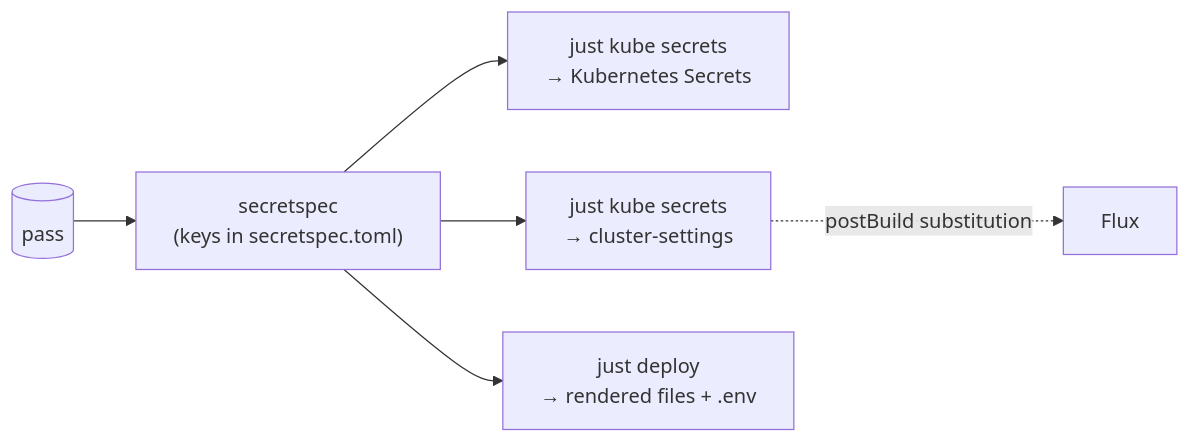
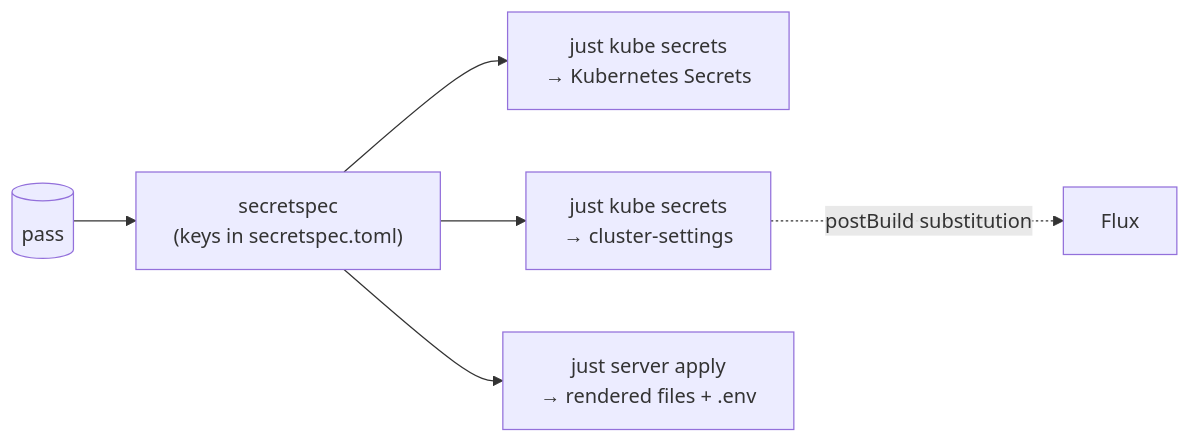
The fourth of 5 diagrams in docs/architecture.md (rafi/machines), drawn with Mermaid before and after one commit. The commit also changed other lines of this file and 78 other files, not shown here.

````diff
--- a/docs/architecture.md
+++ b/docs/architecture.md
@@ -127,8 +127,8 @@
 ```mermaid
 flowchart LR
   pass[("pass")] --> ss["secretspec<br/>(keys in secretspec.toml)"]
   ss --> s1["just kube secrets<br/>→ Kubernetes Secrets"]
   ss --> s2["just kube secrets<br/>→ cluster-settings"]
-  ss --> s3["just deploy<br/>→ rendered files + .env"]
+  ss --> s3["just server apply<br/>→ rendered files + .env"]
   s2 -. "postBuild substitution" .-> flux["Flux"]
 ```
````
